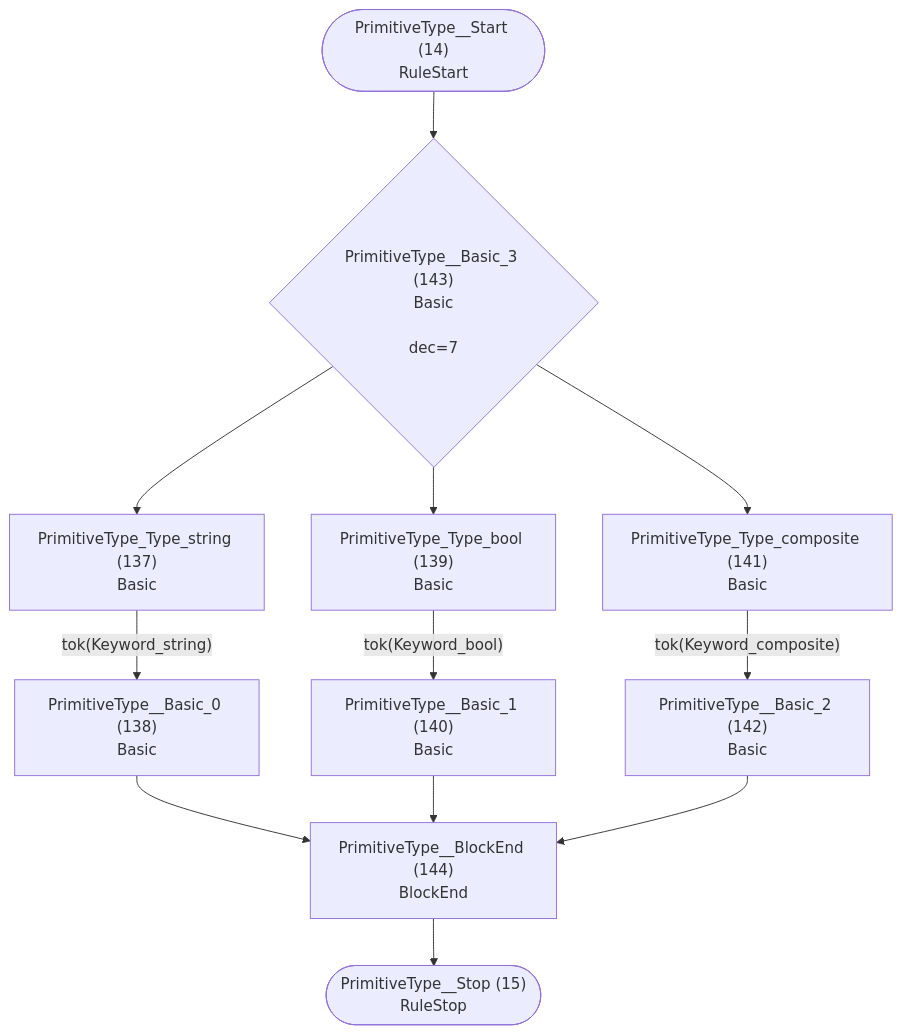
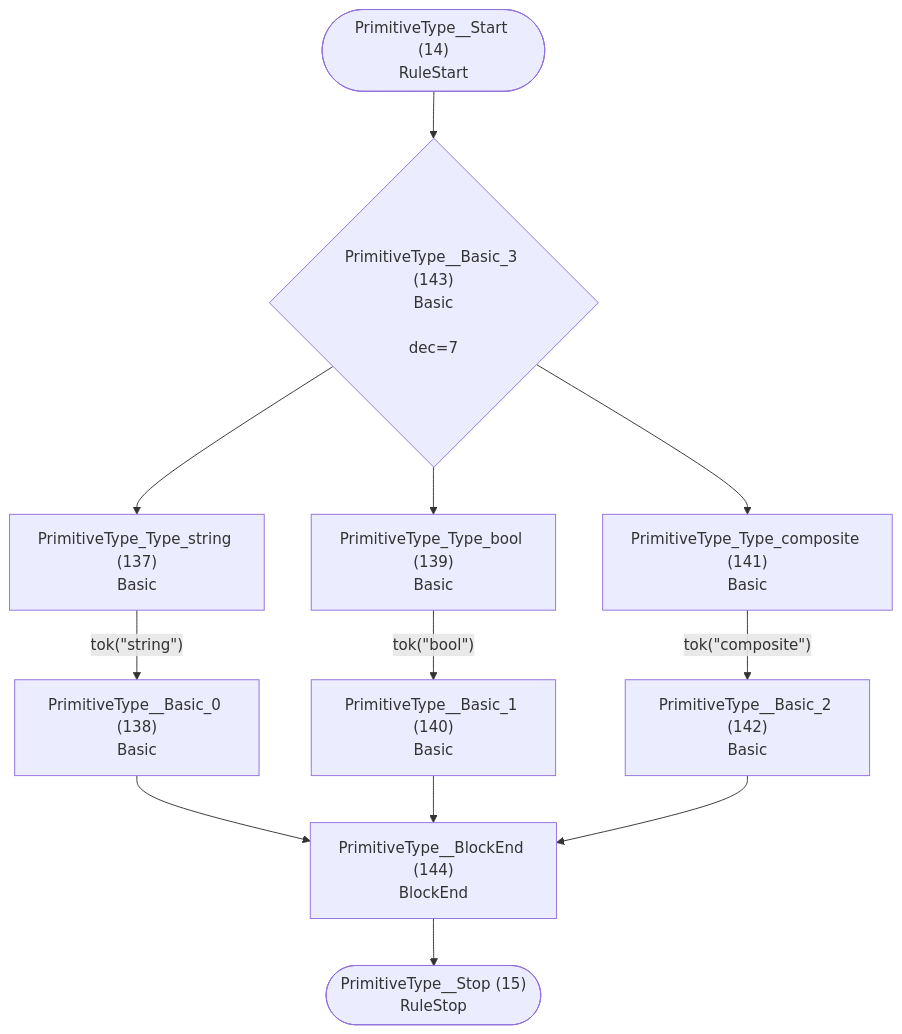
One commit to TypeFox/fastbelt changed the eighth of 37 diagrams in internal/grammar/atn.md. Above: the diagram before and after it, drawn with Mermaid. The commit also changed other lines of this file and 3 other files, not shown here.

````diff
--- a/internal/grammar/atn.md
+++ b/internal/grammar/atn.md
@@ -214,25 +214,25 @@
 ```mermaid
 flowchart TD
     q14(["PrimitiveType__Start (14)<br/>RuleStart"])
     q15(["PrimitiveType__Stop (15)<br/>RuleStop"])
     q137["PrimitiveType_Type_string (137)<br/>Basic<br/>"]
     q138["PrimitiveType__Basic_0 (138)<br/>Basic<br/>"]
     q139["PrimitiveType_Type_bool (139)<br/>Basic<br/>"]
     q140["PrimitiveType__Basic_1 (140)<br/>Basic<br/>"]
     q141["PrimitiveType_Type_composite (141)<br/>Basic<br/>"]
     q142["PrimitiveType__Basic_2 (142)<br/>Basic<br/>"]
     q143{"PrimitiveType__Basic_3 (143)<br/>Basic<br/><br/>dec=7"}
     q144["PrimitiveType__BlockEnd (144)<br/>BlockEnd<br/>"]
 
     q14 --> q143
-    q137 -->|"tok(Keyword_string)"| q138
+    q137 -->|"tok(&quot;string&quot;)"| q138
     q138 --> q144
-    q139 -->|"tok(Keyword_bool)"| q140
+    q139 -->|"tok(&quot;bool&quot;)"| q140
     q140 --> q144
-    q141 -->|"tok(Keyword_composite)"| q142
+    q141 -->|"tok(&quot;composite&quot;)"| q142
     q142 --> q144
     q143 --> q137
     q143 --> q139
     q143 --> q141
     q144 --> q15
 ```
````
